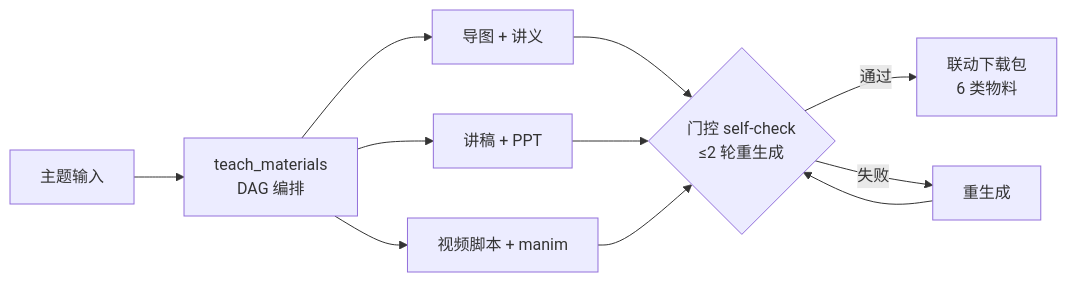
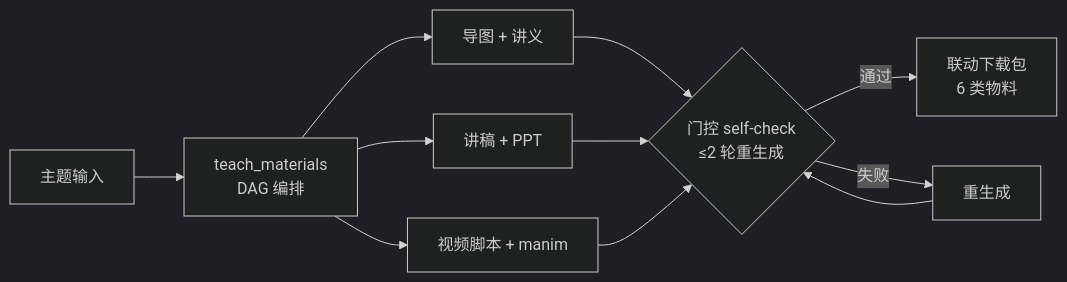
Before and after one commit to Golden2002/PAEG: diagram 27 of 28 in Alexandria Bibliotheca/技术说明/PAEG技术说明.md, drawn with Mermaid. The commit also changed other lines of this file and 5 other files, not shown here.

Commit message:
docs: Alexandria 技术说明子文件夹同步——44页零泄漏PDF + 图册工具链(extract/pre_render/verify/build) + 最新MD

````diff
--- a/Alexandria Bibliotheca/技术说明/PAEG技术说明.md
+++ b/Alexandria Bibliotheca/技术说明/PAEG技术说明.md
@@ -696,13 +696,14 @@
 ```mermaid
+%%{init: {'theme': 'dark'}}%%
 flowchart LR
     IN["主题输入"] --> DAG["teach_materials<br/>DAG 编排"]
     DAG --> P1["导图 + 讲义"]
     DAG --> P2["讲稿 + PPT"]
     DAG --> P3["视频脚本 + manim"]
     P1 --> GATE{"门控 self-check<br/>≤2 轮重生成"}
     P2 --> GATE
     P3 --> GATE
     GATE -->|通过| OUT["联动下载包<br/>6 类物料"]
     GATE -->|失败| REGEN["重生成"]
     REGEN --> GATE
 ```
````
